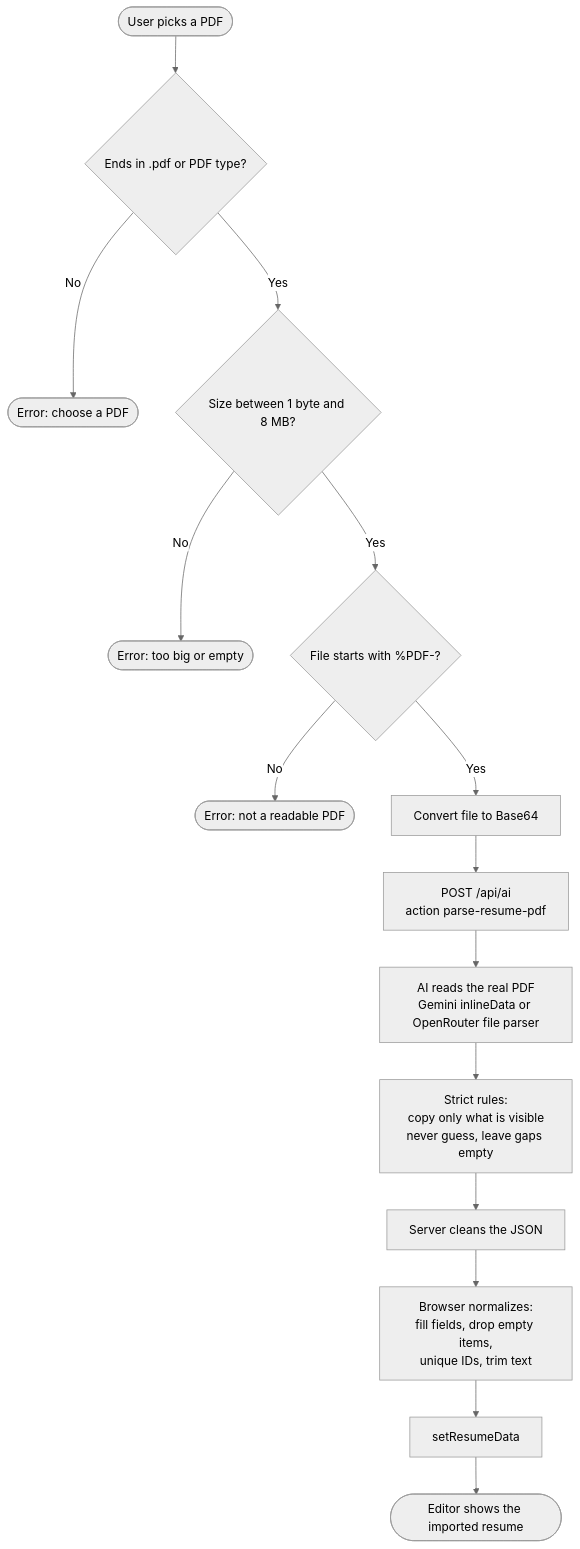
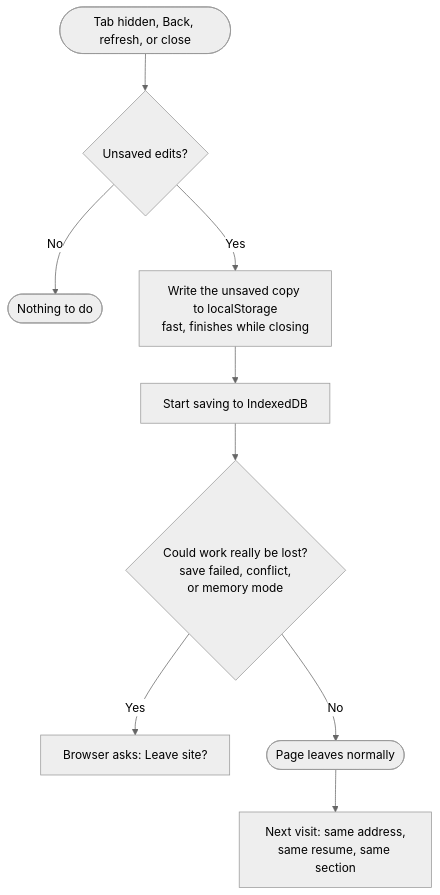
One commit to silent-coder-dev/ai-resume-builder changed the ninth of 30 diagrams in doc/04-FLOWCHARTS.md. Above: the diagram before and after it, drawn with Mermaid (neutral theme). The commit also changed other lines of this file and 122 other files, not shown here.

````diff
--- a/doc/04-FLOWCHARTS.md
+++ b/doc/04-FLOWCHARTS.md
@@ -198,17 +269,11 @@
 ```mermaid
 flowchart TD
-    A(["User picks a PDF"]) --> B{"Ends in .pdf or PDF type?"}
-    B -->|No| X1(["Error: choose a PDF"])
-    B -->|Yes| C{"Size between 1 byte and 8 MB?"}
-    C -->|No| X2(["Error: too big or empty"])
-    C -->|Yes| D{"File starts with %PDF-?"}
-    D -->|No| X3(["Error: not a readable PDF"])
-    D -->|Yes| E["Convert file to Base64"]
-    E --> F["POST /api/ai<br/>action parse-resume-pdf"]
-    F --> G["AI reads the real PDF<br/>Gemini inlineData or OpenRouter file parser"]
-    G --> H["Strict rules:<br/>copy only what is visible<br/>never guess, leave gaps empty"]
-    H --> I["Server cleans the JSON"]
-    I --> J["Browser normalizes:<br/>fill fields, drop empty items,<br/>unique IDs, trim text"]
-    J --> K["setResumeData"]
-    K --> L(["Editor shows the imported resume"])
+    A(["Tab hidden, Back, refresh, or close"]) --> B{"Unsaved edits?"}
+    B -->|No| OK(["Nothing to do"])
+    B -->|Yes| J["Write the unsaved copy to localStorage<br/>fast, finishes while closing"]
+    J --> F["Start saving to IndexedDB"]
+    F --> W{"Could work really be lost?<br/>save failed, conflict,<br/>or memory mode"}
+    W -->|Yes| WARN["Browser asks: Leave site?"]
+    W -->|No| GO(["Page leaves normally"])
+    GO --> NEXT["Next visit: same address,<br/>same resume, same section"]
 ```
````
